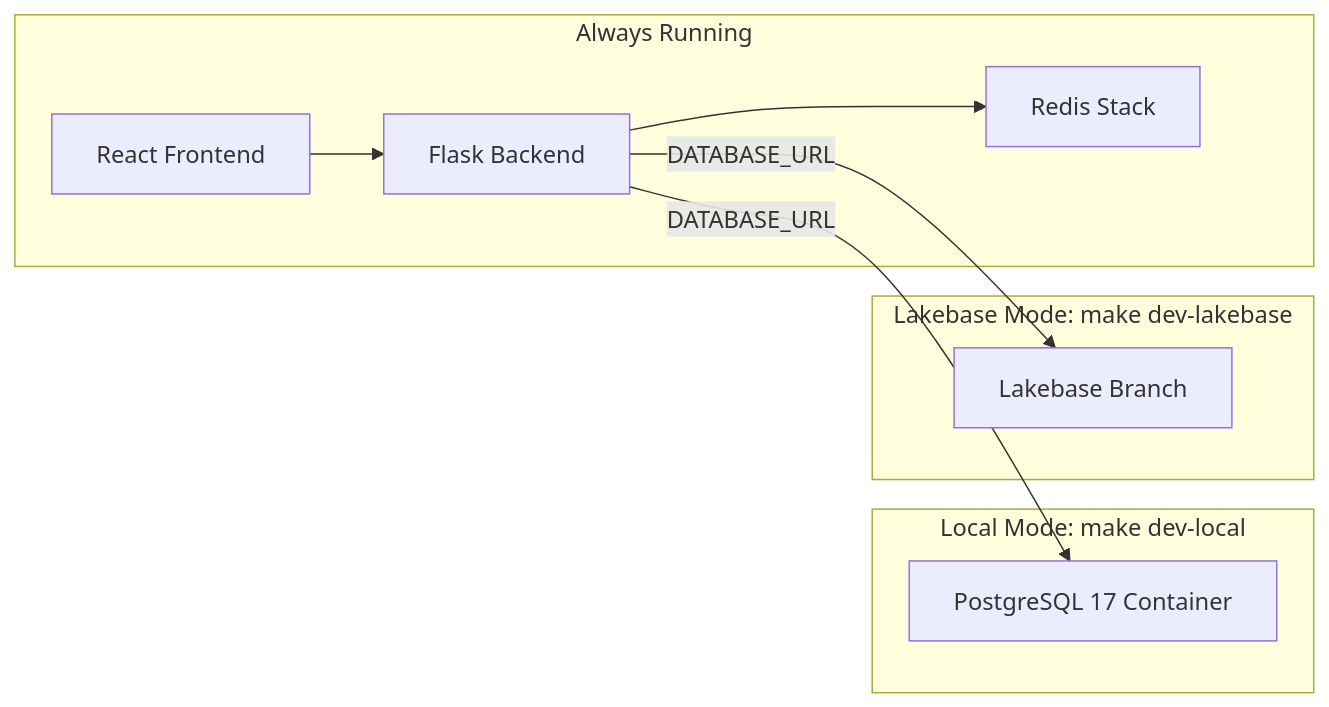
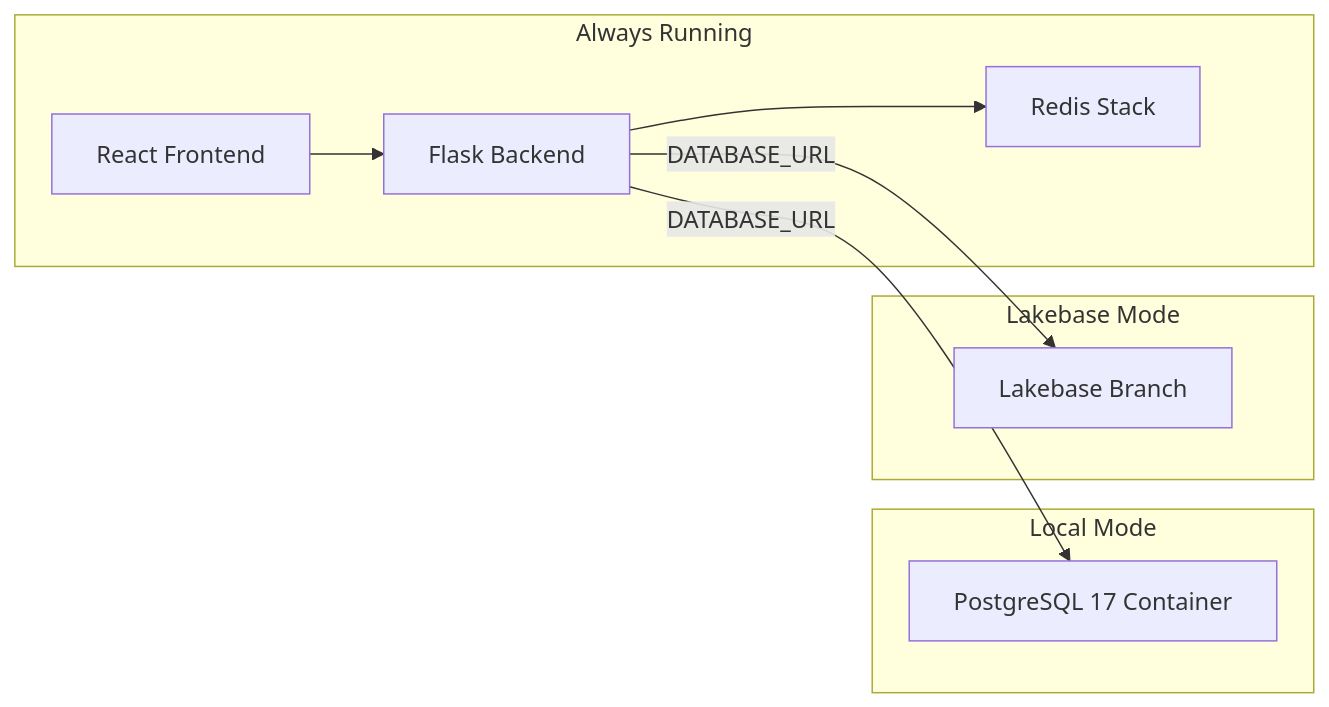
Before and after one commit to db-afeng/lakebase_docker_compose: the first of 2 diagrams in blog.md, drawn with Mermaid.

Commit message:
fix(blog): resolve mermaid formatting

````diff
--- a/blog.md
+++ b/blog.md
@@ -147,18 +147,18 @@
 ```mermaid
 flowchart LR
-  subgraph local ["Local Mode: make dev-local"]
+  subgraph local ["Local Mode"]
     PG[PostgreSQL 17 Container]
   end
-  subgraph lakebase ["Lakebase Mode: make dev-lakebase"]
+  subgraph lakebase ["Lakebase Mode"]
     LB["Lakebase Branch"]
   end
   subgraph services [Always Running]
     FE[React Frontend]
     BE[Flask Backend]
     RD[Redis Stack]
   end
   FE --> BE
   BE --> RD
   BE -->|DATABASE_URL| PG
   BE -->|DATABASE_URL| LB
 ```
````
